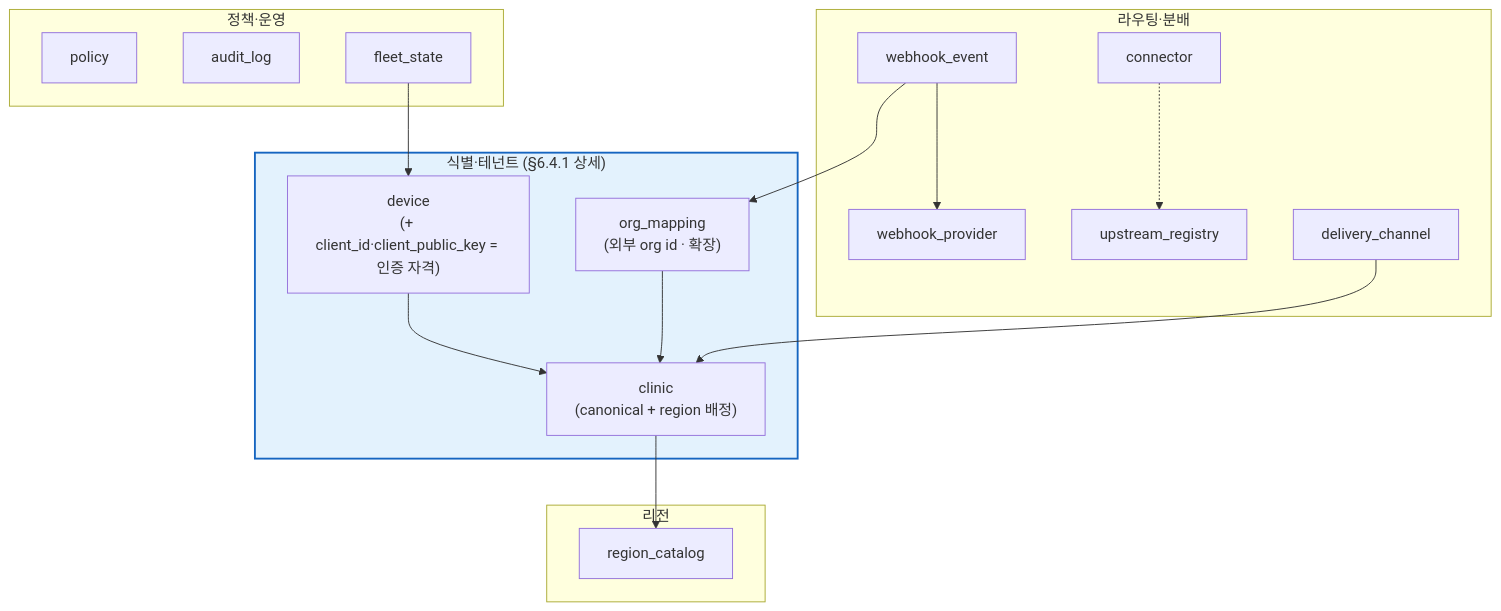
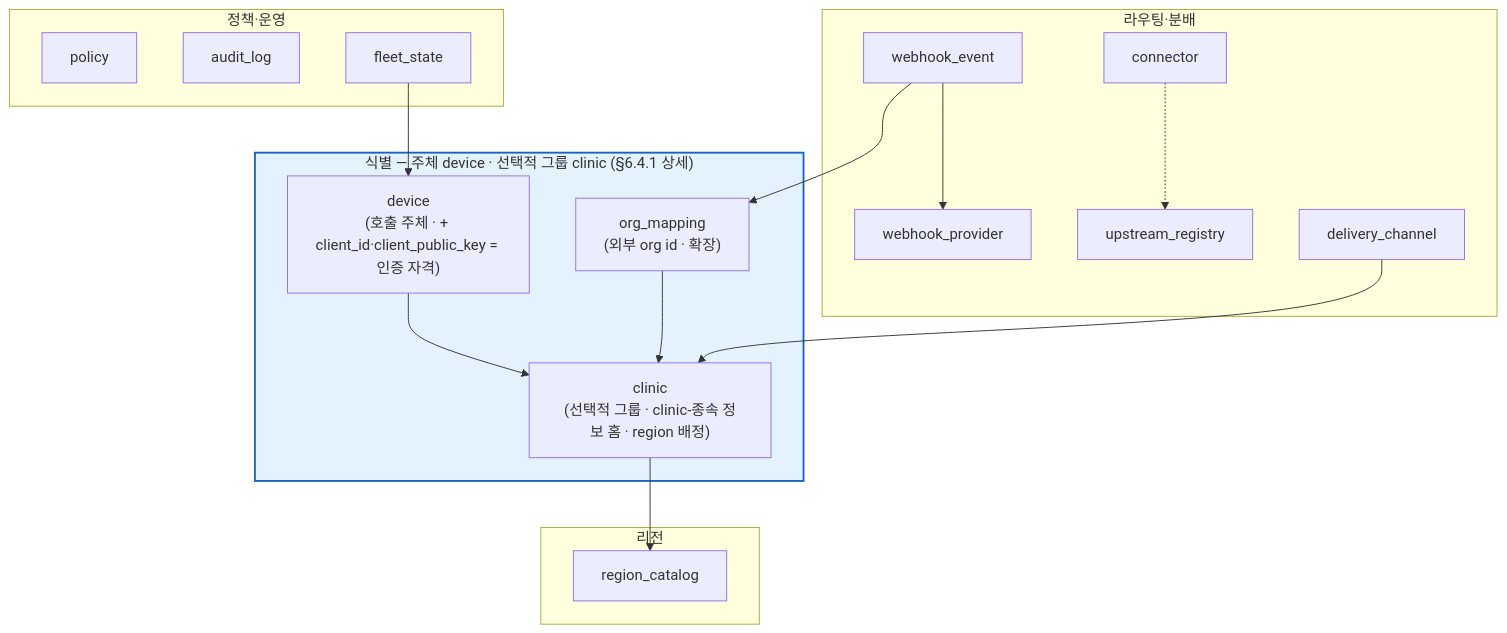
Before and after one commit to gracegyu/scp-architecture: diagram 17 of 17 in docs/VT_API_Gateway/08.VT_API_Gateway/specs/03-srs-gateway/SRS.md, drawn with Mermaid. The commit also changed other lines of this file and 8 other files, not shown here.

````diff
--- a/docs/VT_API_Gateway/08.VT_API_Gateway/specs/03-srs-gateway/SRS.md
+++ b/docs/VT_API_Gateway/08.VT_API_Gateway/specs/03-srs-gateway/SRS.md
@@ -1270,33 +1291,33 @@
 ```mermaid
 flowchart TB
-    subgraph ID["식별·테넌트 (§6.4.1 상세)"]
-        DEV["device<br/>(+ client_id·client_public_key = 인증 자격)"]
-        CLI["clinic<br/>(canonical + region 배정)"]
+    subgraph ID["식별 — 주체 device · 선택적 그룹 clinic (§6.4.1 상세)"]
+        DEV["device<br/>(호출 주체 · + client_id·client_public_key = 인증 자격)"]
+        CLI["clinic<br/>(선택적 그룹 · clinic-종속 정보 홈 · region 배정)"]
         ORG["org_mapping<br/>(외부 org id · 확장)"]
     end
     subgraph RGN["리전"]
         RC[region_catalog]
     end
     subgraph DISP["라우팅·분배"]
         UPS[upstream_registry]
         WP[webhook_provider]
         WE[webhook_event]
         DC[delivery_channel]
         CONN[connector]
     end
     subgraph OPS["정책·운영"]
         POL[policy]
         AUD[audit_log]
         FLEET[fleet_state]
     end
 
     DEV --> CLI
     ORG --> CLI
     CLI --> RC
     DC --> CLI
     WE --> ORG
     WE --> WP
     FLEET --> DEV
     CONN -.-> UPS
     style ID fill:#e3f2fd,stroke:#1565c0,stroke-width:2px
 ```
````
